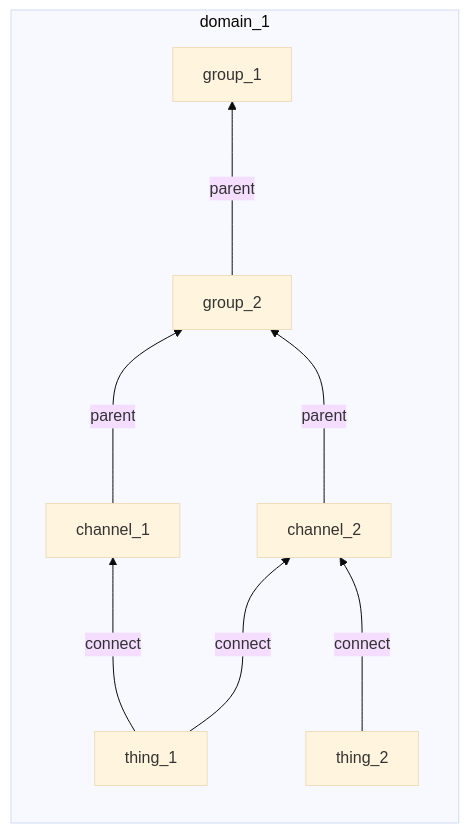
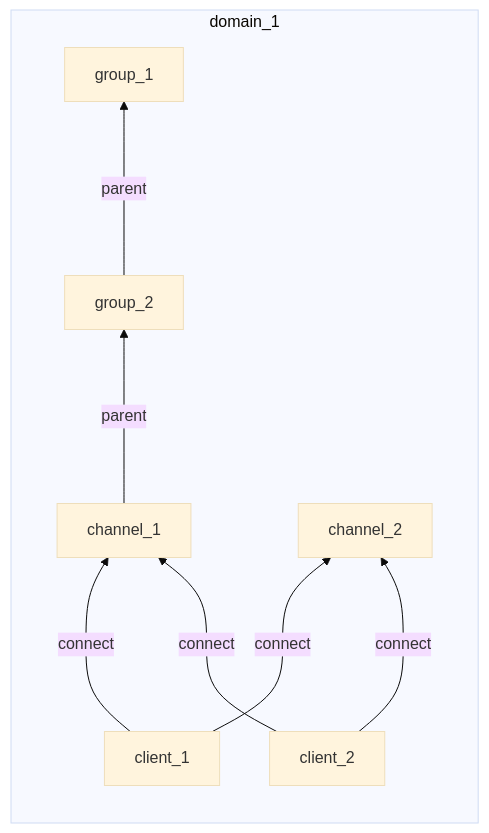
Before and after one commit to absmach/supermq-docs: the sixth of 8 diagrams in docs/authorization.md, drawn with Mermaid (base theme). The commit also changed other lines of this file and 1 other file, not shown here.

````diff
--- a/docs/authorization.md
+++ b/docs/authorization.md
@@ -170,25 +182,25 @@
 ```mermaid
 graph
    subgraph domain_1
       direction BT
       Gr1["group_1"]
       Gr2["group_2"]
 
-      Th1["thing_1"]
-      Th2["thing_2"]
+      Cl1["client_1"]
+      Cl2["client_2"]
 
       Ch1["channel_1"]
       Ch2["channel_2"]
 
 
-      Th1 --->|connect| Ch1
-      Th1 --->|connect| Ch2
+       Cl1 --->|connect| Ch1
+      Cl1 --->|connect| Ch2
 
-      Th2 --->|connect| Ch2
+      Cl2 --->|connect| Ch1
+      Cl2 --->|connect| Ch2
 
       Ch1 --->|parent| Gr2
-      Ch2 --->|parent| Gr2
 
       Gr2 --->|parent| Gr1
    end
 ```
````
